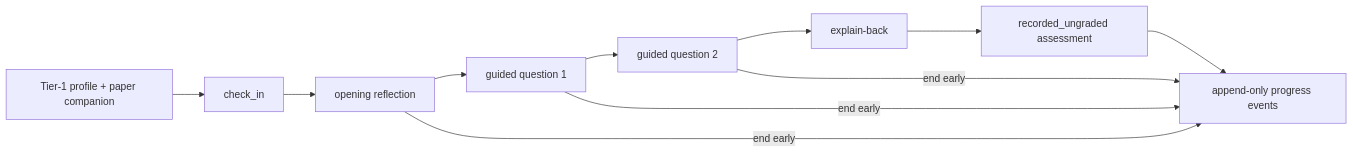
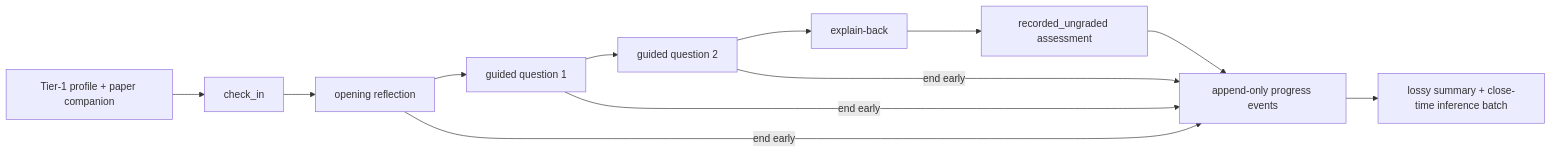
Before and after one commit to kudratsingh/arxiv-research-agent: the diagram in docs/agents/tutor.md, drawn with Mermaid. The commit also changed other lines of this file and 11 other files, not shown here.

````diff
--- a/docs/agents/tutor.md
+++ b/docs/agents/tutor.md
@@ -16,11 +17,12 @@
 ```mermaid
 flowchart LR
   P["Tier-1 profile + paper companion"] --> C["check_in"]
   C --> R["opening reflection"]
   R --> Q1["guided question 1"] --> Q2["guided question 2"]
   Q2 --> E["explain-back"] --> A["recorded_ungraded assessment"]
   A --> L["append-only progress events"]
+  L --> M["lossy summary + close-time inference batch"]
   R -->|"end early"| L
   Q1 -->|"end early"| L
   Q2 -->|"end early"| L
 ```
````
